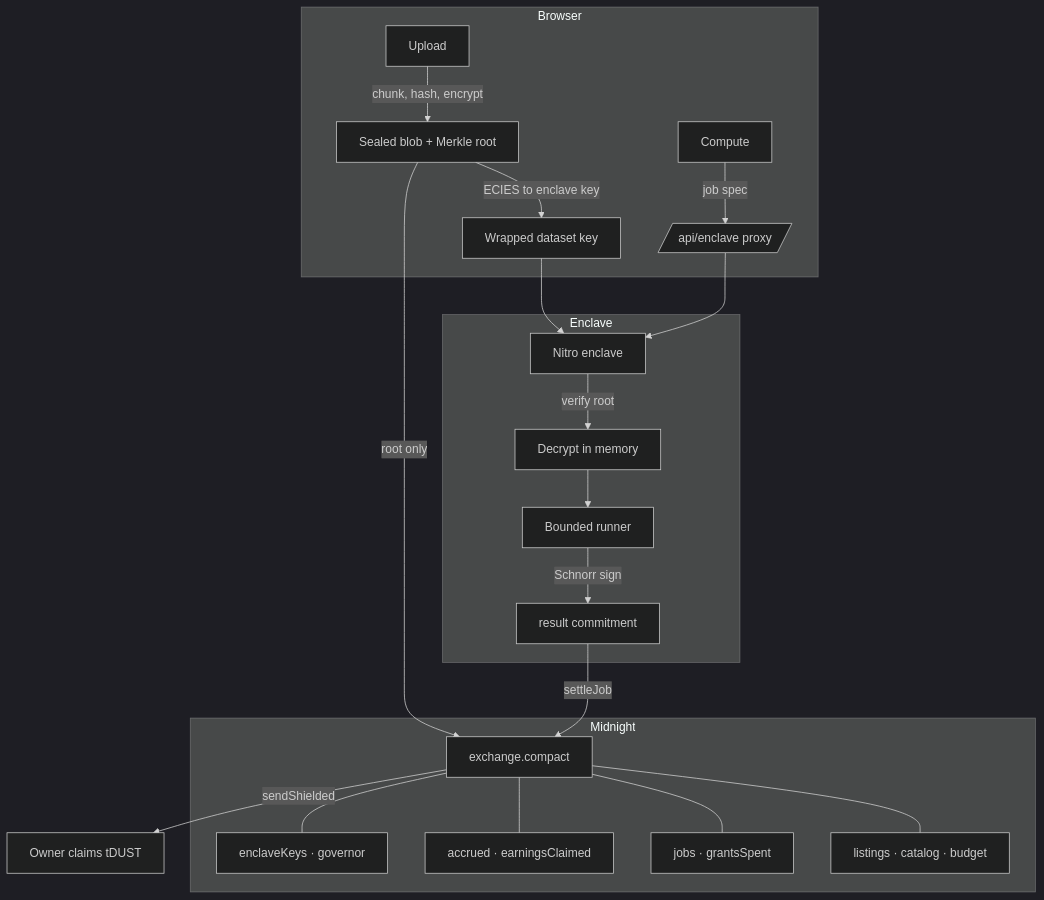
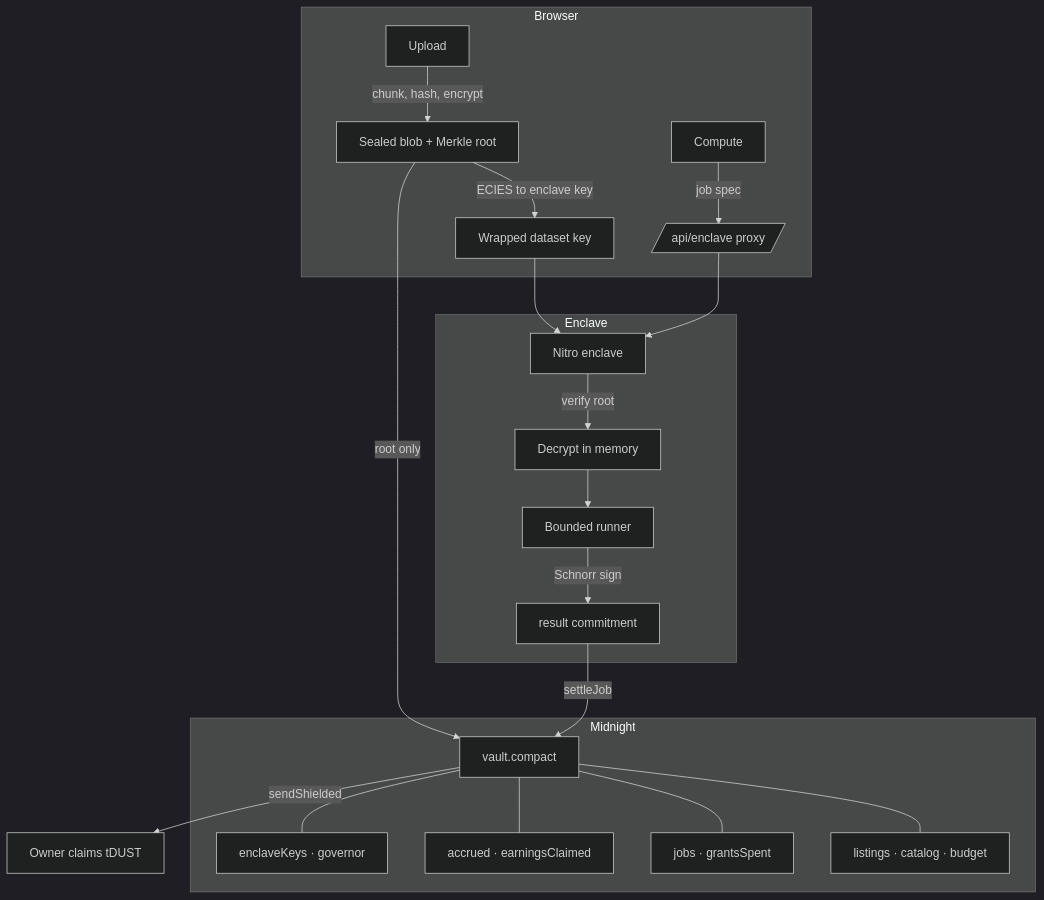
The diagram in zylo/README.md (daiwikmh/sandbox), drawn with Mermaid (dark theme) before and after one commit. The commit also changed other lines of this file and 33 other files, not shown here.

````diff
--- a/zylo/README.md
+++ b/zylo/README.md
@@ -99,29 +124,29 @@
 ```mermaid
 flowchart TB
     subgraph Browser
         U[Upload] -->|chunk, hash, encrypt| S[Sealed blob + Merkle root]
         S -->|ECIES to enclave key| W[Wrapped dataset key]
         C[Compute] -->|job spec| P[/api/enclave proxy/]
     end
 
     subgraph Midnight
-        EX[exchange.compact]
+        EX[vault.compact]
         EX --- L1[listings · catalog · budget]
         EX --- L2[jobs · grantsSpent]
         EX --- L3[accrued · earningsClaimed]
         EX --- L4[enclaveKeys · governor]
     end
 
     subgraph Enclave
         E[Nitro enclave]
         E -->|verify root| D[Decrypt in memory]
         D --> R[Bounded runner]
         R -->|Schnorr sign| SIG[result commitment]
     end
 
     S -->|root only| EX
     P --> E
     W --> E
     SIG -->|settleJob| EX
     EX -->|sendShielded| OWNER[Owner claims tDUST]
 ```
````
